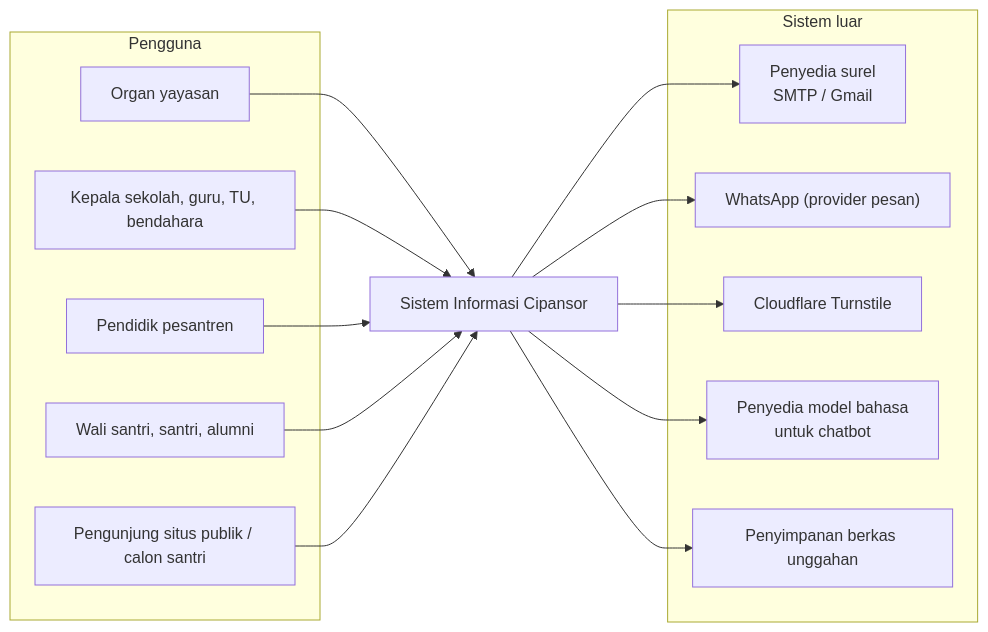
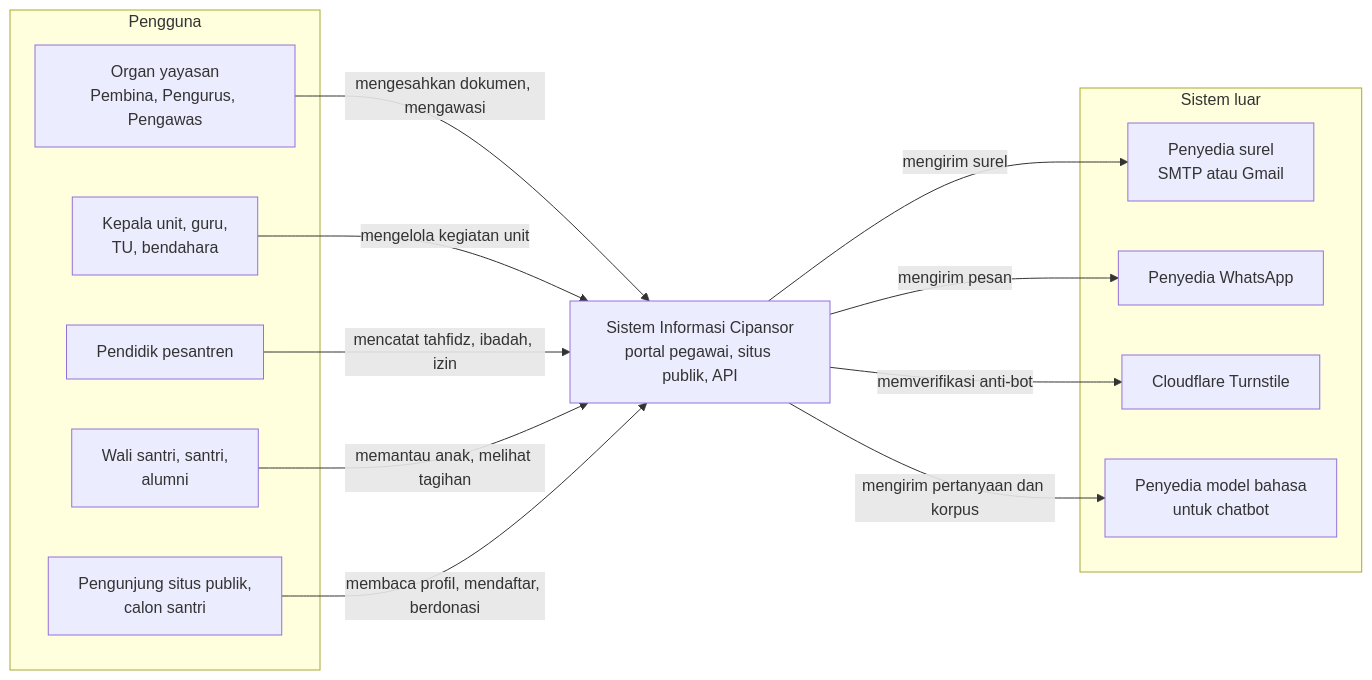
The first of 11 diagrams in docs/dokumen-aplikasi/dokumen-teknis-cipansor.md (ypcipansor/cipansor), drawn with Mermaid before and after one commit. The commit also changed other lines of this file and 68 other files, not shown here.

````diff
--- a/docs/dokumen-aplikasi/dokumen-teknis-cipansor.md
+++ b/docs/dokumen-aplikasi/dokumen-teknis-cipansor.md
@@ -112,29 +112,27 @@
 ```mermaid
-%% caption: Konteks sistem — siapa dan apa yang berinteraksi dengan Cipansor
+%% caption: C4-1 Konteks — siapa memakai Cipansor dan sistem luar mana yang dipanggilnya
 flowchart LR
-  subgraph Pengguna
-    U1["Organ yayasan"]
-    U2["Kepala sekolah, guru, TU, bendahara"]
+  subgraph Pengguna["Pengguna"]
+    U1["Organ yayasan<br/>Pembina, Pengurus, Pengawas"]
+    U2["Kepala unit, guru,<br/>TU, bendahara"]
     U3["Pendidik pesantren"]
-    U4["Wali santri, santri, alumni"]
-    U5["Pengunjung situs publik / calon santri"]
+    U4["Wali santri, santri,<br/>alumni"]
+    U5["Pengunjung situs publik,<br/>calon santri"]
   end
-  C["Sistem Informasi Cipansor"]
-  subgraph Sistem luar
-    E1["Penyedia surel<br/>SMTP / Gmail"]
-    E2["WhatsApp (provider pesan)"]
+  C["Sistem Informasi Cipansor<br/>portal pegawai, situs publik, API"]
+  subgraph Luar["Sistem luar"]
+    E1["Penyedia surel<br/>SMTP atau Gmail"]
+    E2["Penyedia WhatsApp"]
     E3["Cloudflare Turnstile"]
     E4["Penyedia model bahasa<br/>untuk chatbot"]
-    E5["Penyimpanan berkas unggahan"]
   end
-  U1 --> C
-  U2 --> C
-  U3 --> C
-  U4 --> C
-  U5 --> C
-  C --> E1
-  C --> E2
-  C --> E3
-  C --> E4
-  C --> E5
+  U1 -->|"mengesahkan dokumen, mengawasi"| C
+  U2 -->|"mengelola kegiatan unit"| C
+  U3 -->|"mencatat tahfidz, ibadah, izin"| C
+  U4 -->|"memantau anak, melihat tagihan"| C
+  U5 -->|"membaca profil, mendaftar, berdonasi"| C
+  C -->|"mengirim surel"| E1
+  C -->|"mengirim pesan"| E2
+  C -->|"memverifikasi anti-bot"| E3
+  C -->|"mengirim pertanyaan dan korpus"| E4
 ```
````
